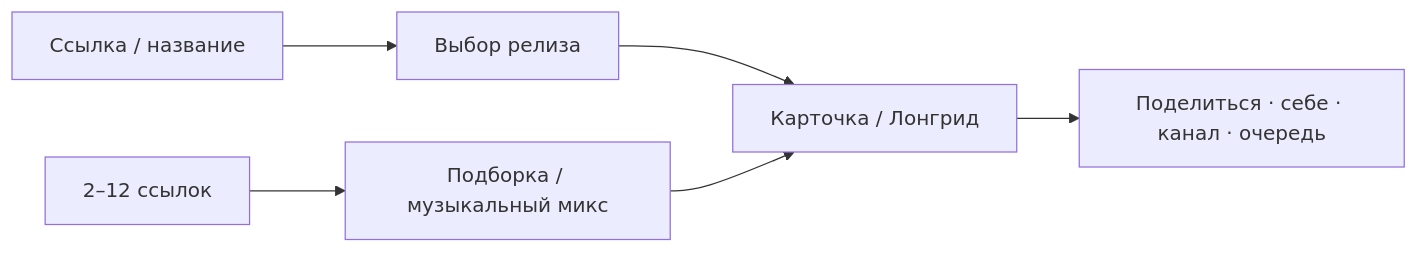
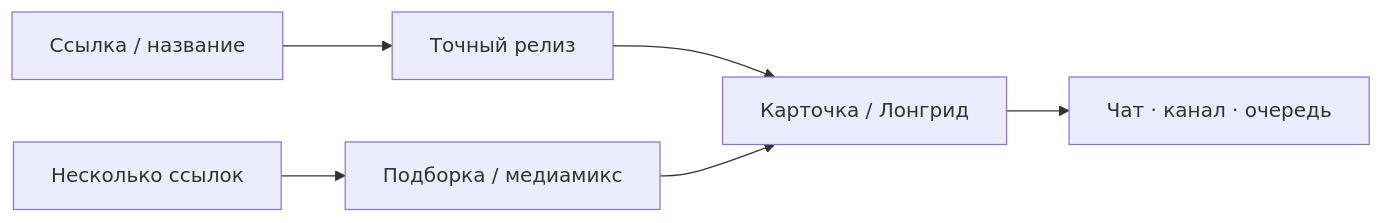
Before and after one commit to StonerHand/stonerhand-soundlinks-bot: the diagram in README.ru.md, drawn with Mermaid. The commit also changed other lines of this file and 25 other files, not shown here.

````diff
--- a/README.ru.md
+++ b/README.ru.md
@@ -47,8 +45,8 @@
 ```mermaid
 flowchart LR
-    A["Ссылка / название"] --> B["Выбор релиза"]
-    A2["2–12 ссылок"] --> C["Подборка / музыкальный микс"]
+    A["Ссылка / название"] --> B["Точный релиз"]
+    A2["Несколько ссылок"] --> C["Подборка / медиамикс"]
     B --> D["Карточка / Лонгрид"]
     C --> D
-    D --> E["Поделиться · себе · канал · очередь"]
+    D --> E["Чат · канал · очередь"]
 ```
````
